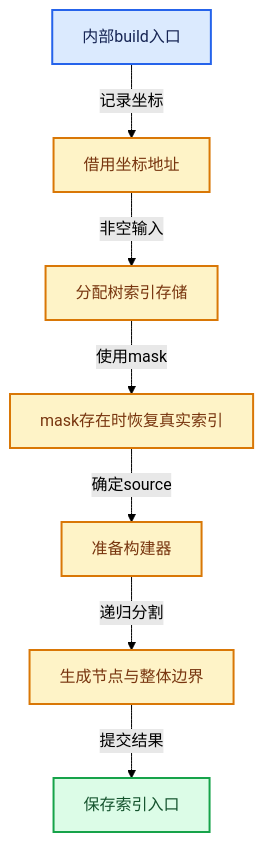
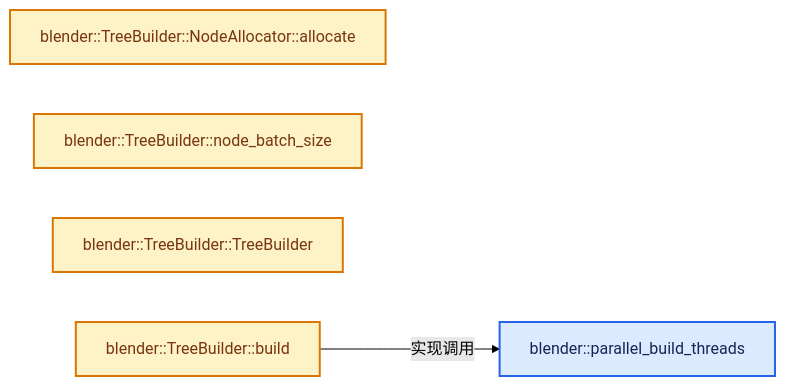
Before and after one commit to yunkezengren/blender-.vscode: the second of 4 diagrams in 杂/markdown/全面学习-codex/12-空间数据结构与几何算法/03-KDTreeNew构建.md, drawn with Mermaid (forest theme). The commit also changed other lines of this file and 1930 other files, not shown here.

````diff
--- a/杂/markdown/全面学习-codex/12-空间数据结构与几何算法/03-KDTreeNew构建.md
+++ b/杂/markdown/全面学习-codex/12-空间数据结构与几何算法/03-KDTreeNew构建.md
@@ -784,22 +46,15 @@
 ```mermaid
-flowchart TB
-  V0["内部build入口"]:::input
-  V1["借用坐标地址"]:::compute
-  V2["分配树索引存储"]:::compute
-  V3["mask存在时恢复真实索引"]:::compute
-  V4["准备构建器"]:::compute
-  V5["生成节点与整体边界"]:::compute
-  V6["保存索引入口"]:::result
-  V0 -->|"记录坐标"| V1
-  V1 -->|"非空输入"| V2
-  V2 -->|"使用mask"| V3
-  V3 -->|"确定source"| V4
-  V4 -->|"递归分割"| V5
-  V5 -->|"提交结果"| V6
+flowchart LR
+  F0["blender::parallel_build_threads"]:::input
+  F1["blender::TreeBuilder::NodeAllocator::allocate"]:::compute
+  F2["blender::TreeBuilder::node_batch_size"]:::compute
+  F3["blender::TreeBuilder::TreeBuilder"]:::compute
+  F4["blender::TreeBuilder::build"]:::compute
+  F4 -->|"实现调用"| F0
   classDef input fill:#DBEAFE,stroke:#2563EB,color:#172554,stroke-width:2px;
   classDef data fill:#CFFAFE,stroke:#0891B2,color:#164E63,stroke-width:2px;
   classDef abstraction fill:#EDE9FE,stroke:#7C3AED,color:#3B0764,stroke-width:2px;
   classDef compute fill:#FEF3C7,stroke:#D97706,color:#78350F,stroke-width:2px;
   classDef result fill:#DCFCE7,stroke:#16A34A,color:#14532D,stroke-width:2px;
   classDef error fill:#FEE2E2,stroke:#DC2626,color:#7F1D1D,stroke-width:2px;
 ```
````
